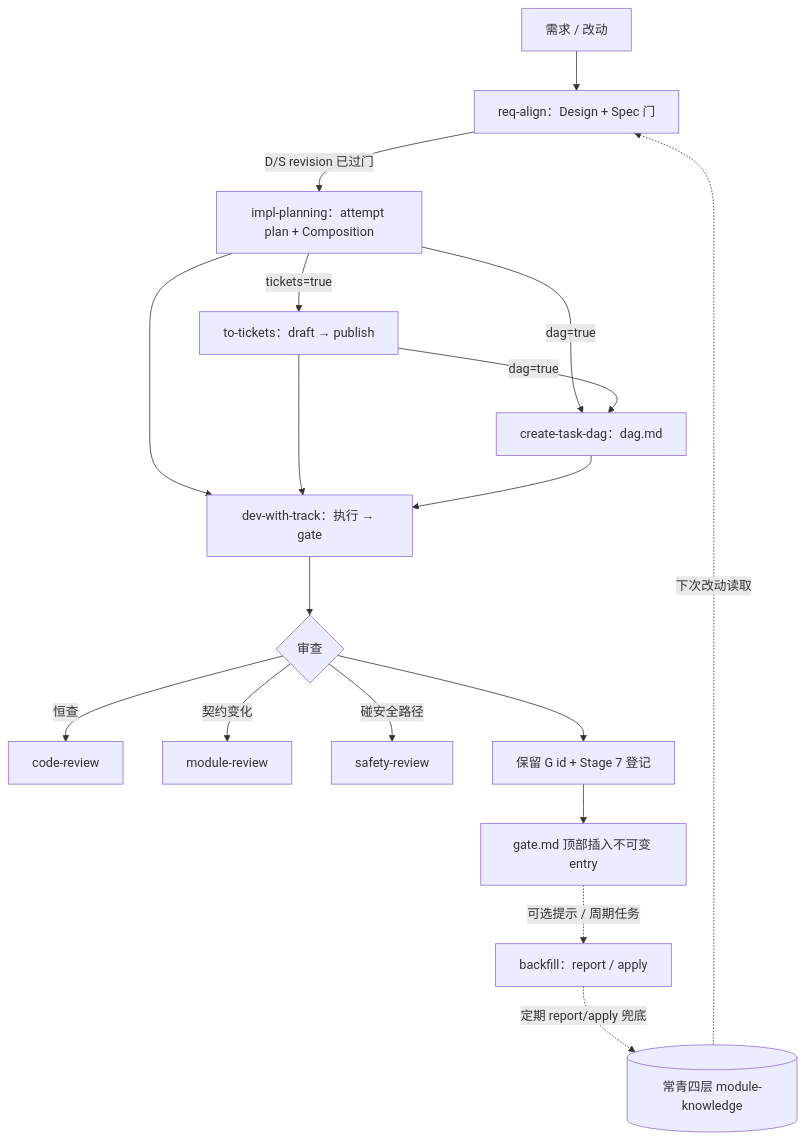
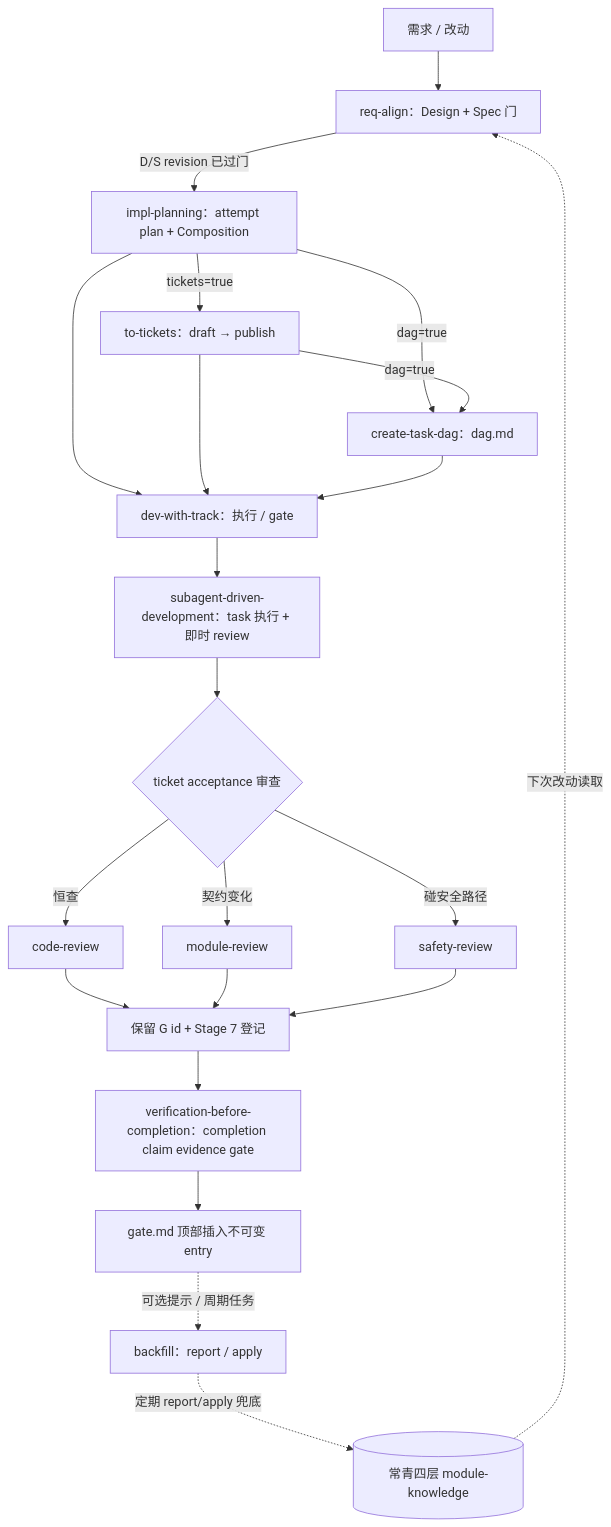
Before and after one commit to fangxiao-dev/agent-workbench: the diagram in skills/impl-package/SKILL.md, drawn with Mermaid. The commit also changed other lines of this file and 18 other files, not shown here.

````diff
--- a/skills/impl-package/SKILL.md
+++ b/skills/impl-package/SKILL.md
@@ -22,20 +22,24 @@
 ```mermaid
 flowchart TD
     Req[需求 / 改动] --> RA[req-align：Design + Spec 门]
     RA -->|D/S revision 已过门| PL[impl-planning：attempt plan + Composition]
     PL -->|tickets=true| TK[to-tickets：draft → publish]
     PL -->|dag=true| DG[create-task-dag：dag.md]
     TK -->|dag=true| DG
-    PL --> EX[dev-with-track：执行 → gate]
+    PL --> EX[dev-with-track：执行 / gate]
     TK --> EX
     DG --> EX
-    EX --> RV{审查}
+    EX --> SD[subagent-driven-development：task 执行 + 即时 review]
+    SD --> RV{ticket acceptance 审查}
     RV -->|恒查| CR[code-review]
     RV -->|契约变化| MR[module-review]
     RV -->|碰安全路径| SR[safety-review]
-    RV --> CAP[保留 G id + Stage 7 登记]
-    CAP --> GT[gate.md 顶部插入不可变 entry]
+    CR --> CAP[保留 G id + Stage 7 登记]
+    MR --> CAP
+    SR --> CAP
+    CAP --> VC[verification-before-completion：completion claim evidence gate]
+    VC --> GT[gate.md 顶部插入不可变 entry]
     GT -. 可选提示 / 周期任务 .-> BF[backfill：report / apply]
     BF -. 定期 report/apply 兜底 .-> EV[(常青四层 module-knowledge)]
     EV -. 下次改动读取 .-> RA
 ```
````
